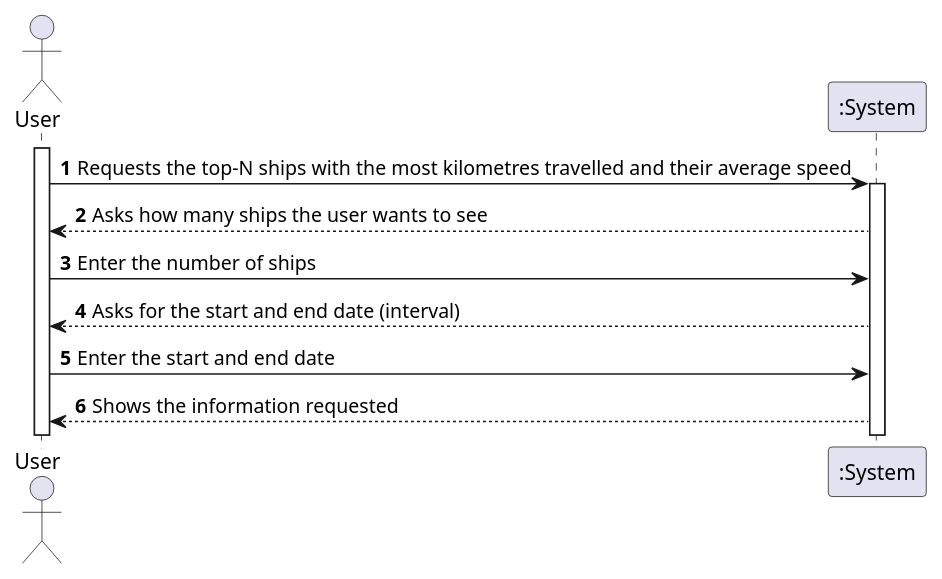
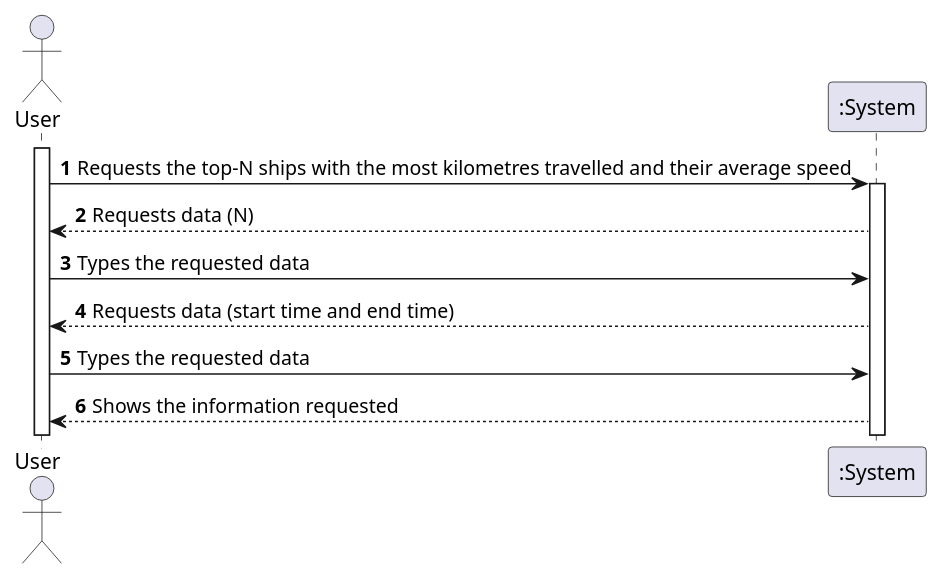
The diagram in docs/Sprint 1/US106/US106_SSD.puml (1190772/LAB-Project-3), drawn with PlantUML before and after one commit. The commit also changed 1 other file, not shown here.

```diff
--- a/docs/Sprint 1/US106/US106_SSD.puml
+++ b/docs/Sprint 1/US106/US106_SSD.puml
@@ -1,23 +1,23 @@
 @startuml
 'https://plantuml.com/sequence-diagram
 
 autonumber
 
 actor "User" as USER
 
 activate USER
 USER -> ":System" : Requests the top-N ships with the most kilometres travelled and their average speed
 
 activate ":System"
-":System" --> USER : Asks how many ships the user wants to see
+":System" --> USER : Requests data (N)
 
-USER -> ":System" : Enter the number of ships
-":System" --> USER : Asks for the start and end date (interval)
+USER -> ":System" : Types the requested data
+":System" --> USER : Requests data (start time and end time)
 
-USER -> ":System" : Enter the start and end date
+USER -> ":System" : Types the requested data
 
 ":System" --> USER : Shows the information requested
 
 
 
 @enduml
```
